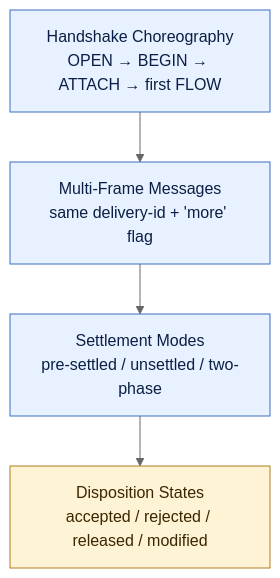
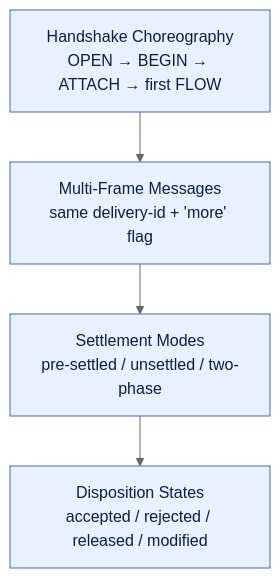
One commit to sidanacode/Azure-Service-Bus changed the second of 2 diagrams in 05 - AMQP Message Transfer/AMQP Message Transfer.md. Above: the diagram before and after it, drawn with Mermaid (neutral theme). The commit also changed other lines of this file and 3 other files, not shown here.

First line of the commit message:
Section 5 complete: Disposition States + section close-out

````diff
--- a/05 - AMQP Message Transfer/AMQP Message Transfer.md
+++ b/05 - AMQP Message Transfer/AMQP Message Transfer.md
@@ -38,12 +38,11 @@
 ```mermaid
 flowchart TB
     H[Handshake Choreography<br/>OPEN → BEGIN → ATTACH → first FLOW]:::box
     M[Multi-Frame Messages<br/>same delivery-id + 'more' flag]:::box
     S[Settlement Modes<br/>pre-settled / unsettled / two-phase]:::box
-    D[Disposition States<br/>accepted / rejected / released / modified]:::next
+    D[Disposition States<br/>accepted / rejected / released / modified]:::box
 
     H --> M --> S --> D
 
     classDef box fill:#e8f1ff,stroke:#3b6fbd,color:#0a1f44
-    classDef next fill:#fff3d6,stroke:#b07f1f,color:#3a2700
 ```
````
